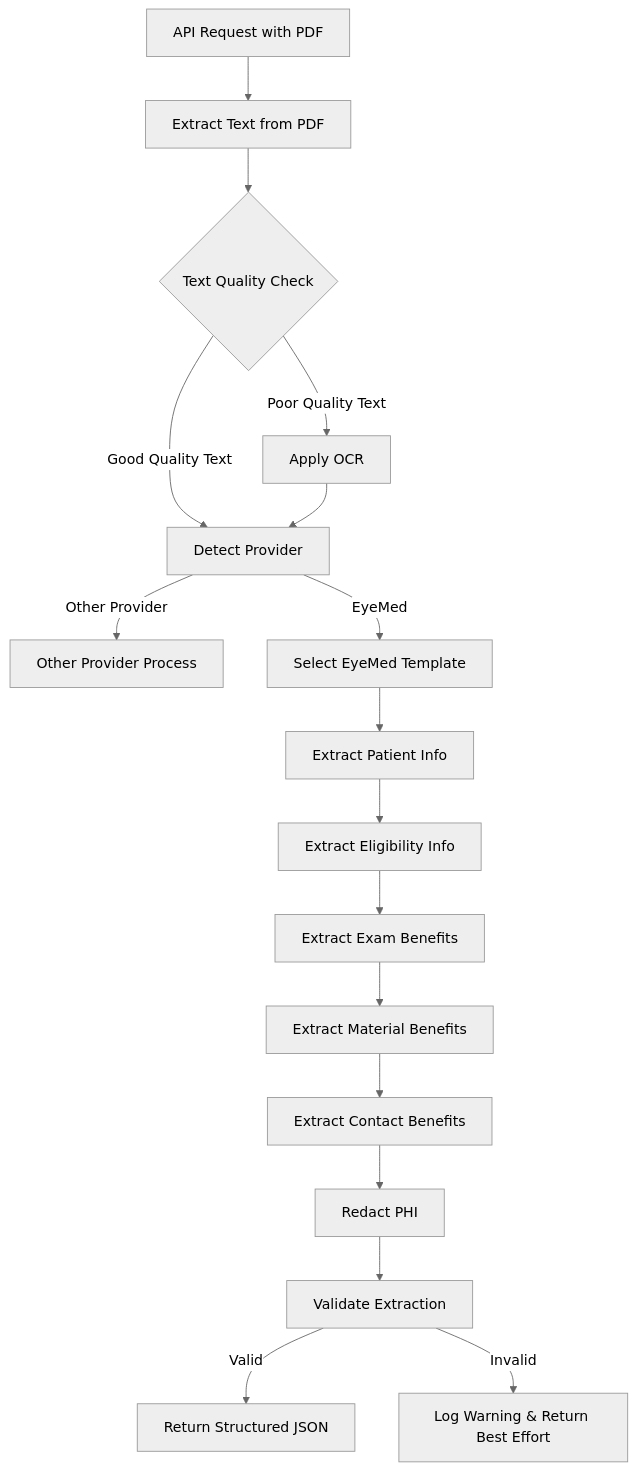
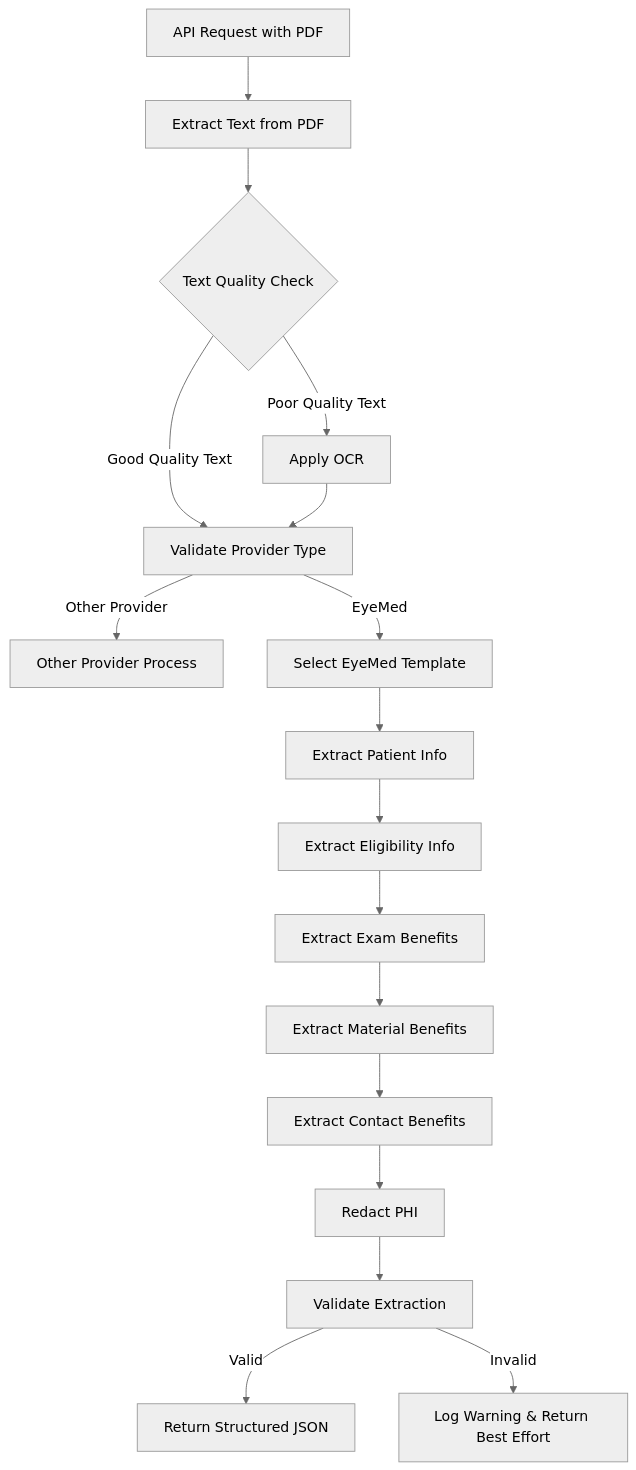
The diagram in docs/eyemed_architecture/eyemed_extraction_workflow.md (leemr2/vision_extractor_service), drawn with Mermaid (neutral theme) before and after one commit. The commit also changed other lines of this file and 15 other files, not shown here.

````diff
--- a/docs/eyemed_architecture/eyemed_extraction_workflow.md
+++ b/docs/eyemed_architecture/eyemed_extraction_workflow.md
@@ -20,19 +20,19 @@
 ```mermaid
 flowchart TD
     A[API Request with PDF] --> B[Extract Text from PDF]
     B --> C{Text Quality Check}
-    C -->|Good Quality Text| D[Detect Provider]
+    C -->|Good Quality Text| D[Validate Provider Type]
     C -->|Poor Quality Text| OCR[Apply OCR]
     OCR --> D
     D -->|Other Provider| OtherProcess[Other Provider Process]
     D -->|EyeMed| E[Select EyeMed Template]
     E --> F[Extract Patient Info]
     F --> G[Extract Eligibility Info]
     G --> H[Extract Exam Benefits]
     H --> I[Extract Material Benefits]
     I --> J[Extract Contact Benefits]
     J --> K[Redact PHI]
     K --> L[Validate Extraction]
     L -->|Valid| M[Return Structured JSON]
     L -->|Invalid| N[Log Warning & Return Best Effort]
 ```
````
